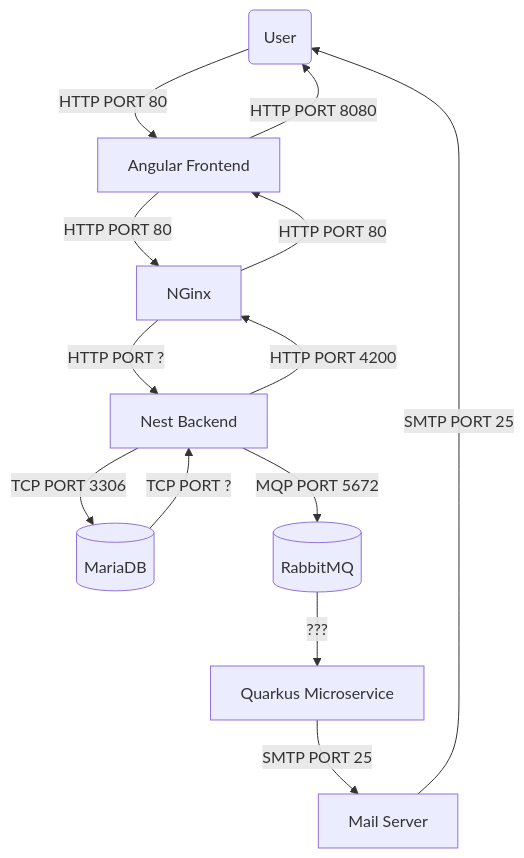
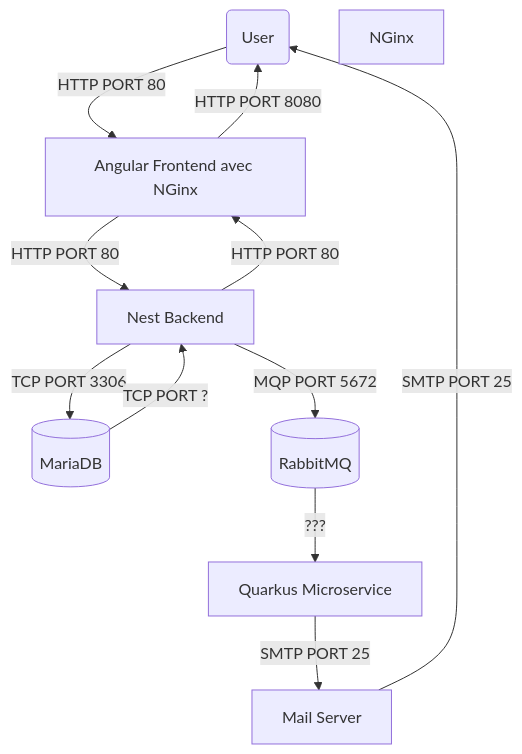
Before and after one commit to Caeles12/projWeb: the diagram in Architecture.md, drawn with Mermaid. The commit also changed 3 other files, not shown here.

````diff
--- a/Architecture.md
+++ b/Architecture.md
@@ -3,34 +3,31 @@
 ```mermaid
 
 flowchart TB
 
   U(User)
   D[(MariaDB)]
-  F[Angular Frontend]
+  F[Angular Frontend avec NGinx]
   B[Nest Backend]
   N[NGinx]
   M[(RabbitMQ)]
   Q[Quarkus Microservice]
   Ml[Mail Server]
 
   U -->|HTTP PORT 80| F
   F -->|HTTP PORT 8080| U
 
-  F -->|HTTP PORT 80| N
-  N -->|HTTP PORT 80| F
-
-  N -->|HTTP PORT ?| B
-  B -->|HTTP PORT 4200| N
+  F -->|HTTP PORT 80| B
+  B -->|HTTP PORT 80| F
 
   B -->|TCP PORT 3306| D
   D -->|TCP PORT ?| B
 
   B -->|MQP PORT 5672| M
 
   M -->| ??? | Q
 
   Q -->|SMTP PORT 25| Ml
 
   Ml -->|SMTP PORT 25| U
 
 ```
````
